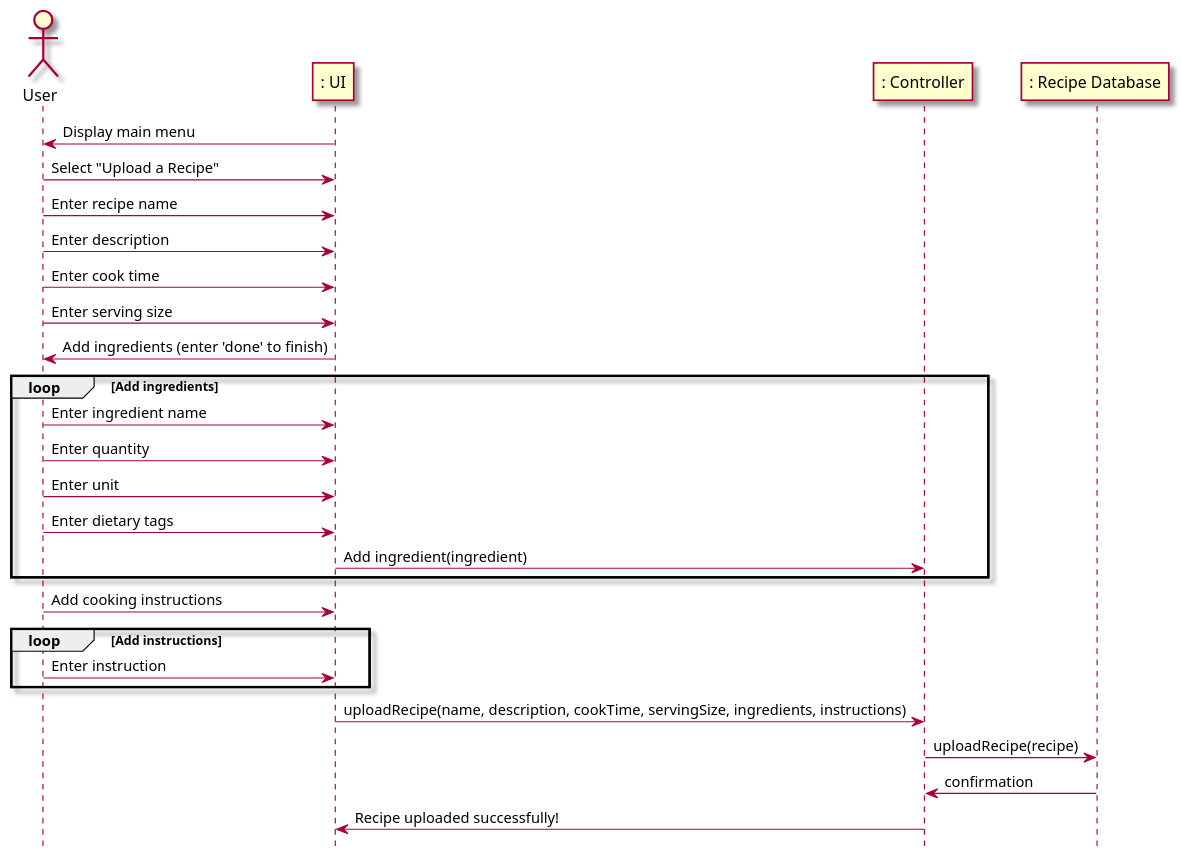
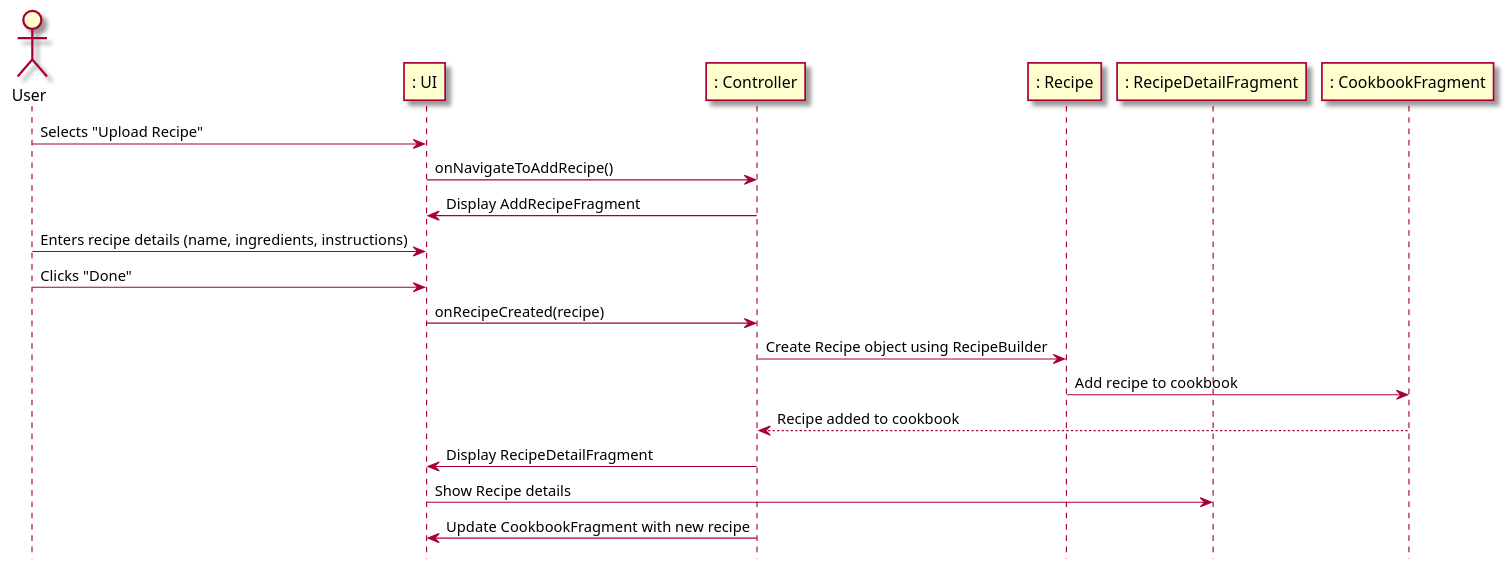
The second of 2 diagrams in intellij/doc/use-cases/upload_personal_recipe.md (berthashipper/Pantry-Pal-Android-Application), drawn with PlantUML before and after one commit. The commit also changed other lines of this file and 11 other files, not shown here.

Commit message:
Updated sequence diagrams and workflows to reflect real code

````diff
--- a/intellij/doc/use-cases/upload_personal_recipe.md
+++ b/intellij/doc/use-cases/upload_personal_recipe.md
@@ -78,41 +72,29 @@
 ```plantuml
 @startuml
 skin rose
 
 hide footbox
 
 actor User as user
 participant ": UI" as ui
 participant ": Controller" as cont
-participant ": Recipe Database" as db
+participant ": Recipe" as recipe
+participant ": RecipeDetailFragment" as recipeDetailFragment
+participant ": CookbookFragment" as cookbookFragment
 
-ui -> user : Display main menu
-user -> ui : Select "Upload a Recipe"
-user -> ui : Enter recipe name
-user -> ui : Enter description
-user -> ui : Enter cook time
-user -> ui : Enter serving size
+user -> ui : Selects "Upload Recipe"
+ui -> cont : onNavigateToAddRecipe()
+cont -> ui : Display AddRecipeFragment
+user -> ui : Enters recipe details (name, ingredients, instructions)
+user -> ui : Clicks "Done"
 
-ui -> user : Add ingredients (enter 'done' to finish)
-loop Add ingredients
-    user -> ui : Enter ingredient name
-    user -> ui : Enter quantity
-    user -> ui : Enter unit
-    user -> ui : Enter dietary tags
-    ui -> cont : Add ingredient(ingredient)
-end
-
-user -> ui : Add cooking instructions
-loop Add instructions
-    user -> ui : Enter instruction
-end
-
-ui -> cont : uploadRecipe(name, description, cookTime, servingSize, ingredients, instructions)
-cont -> db : uploadRecipe(recipe)
-db -> cont : confirmation
-cont -> ui : Recipe uploaded successfully!
-
-
+ui -> cont : onRecipeCreated(recipe)
+cont -> recipe : Create Recipe object using RecipeBuilder
+recipe -> cookbookFragment : Add recipe to cookbook
+cookbookFragment --> cont : Recipe added to cookbook
+cont -> ui : Display RecipeDetailFragment
+ui -> recipeDetailFragment : Show Recipe details
+cont -> ui : Update CookbookFragment with new recipe
 
 @enduml
 ```
````
